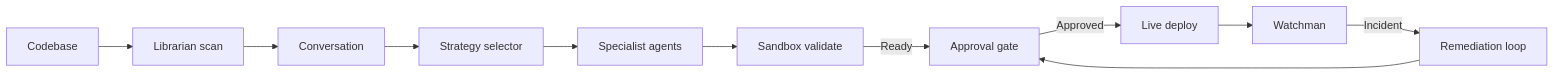
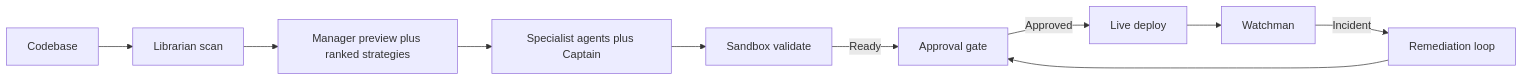
One commit to Henildiyora/forge changed the diagram in README.md. Above: the diagram before and after it, drawn with Mermaid. The commit also changed other lines of this file and 24 other files, not shown here.

````diff
--- a/README.md
+++ b/README.md
@@ -65,13 +82,12 @@
 ```mermaid
 flowchart LR
     A[Codebase] --> B[Librarian scan]
-    B --> C[Conversation]
-    C --> D[Strategy selector]
-    D --> E[Specialist agents]
-    E --> F[Sandbox validate]
+    B --> C[Manager preview plus ranked strategies]
+    C --> D[Specialist agents plus Captain]
+    D --> F[Sandbox validate]
     F -->|Ready| G[Approval gate]
     G -->|Approved| H[Live deploy]
     H --> I[Watchman]
     I -->|Incident| J[Remediation loop]
     J --> G
 ```
````
